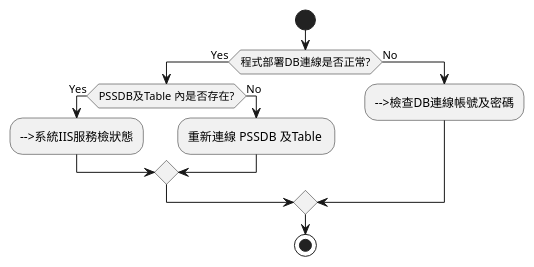
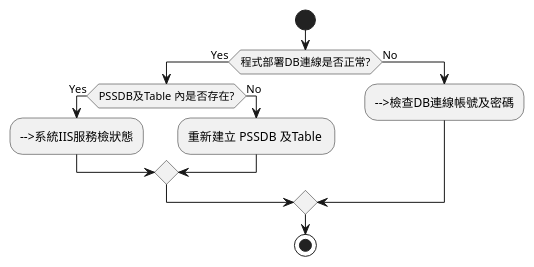
One commit to FrancoLiuDev/powermoat_doc changed the first of 3 diagrams in root/異常處理/網頁無法顯示.md. Above: the diagram before and after it, drawn with PlantUML. The commit also changed other lines of this file and 1 other file, not shown here.

````diff
--- a/root/異常處理/網頁無法顯示.md
+++ b/root/異常處理/網頁無法顯示.md
@@ -7,16 +7,16 @@
 ```plantuml
 @startuml
 start
 if (程式部署DB連線是否正常?) then (Yes)
     if (PSSDB及Table 內是否存在?) then (Yes)
         :-->系統IIS服務檢狀態;
     else (No)
-        :重新連線 PSSDB 及Table ;
+        :重新建立 PSSDB 及Table ;
     endif
 else (No)
    :-->檢查DB連線帳號及密碼;
 endif
 
 stop
 @enduml
 ```
````
